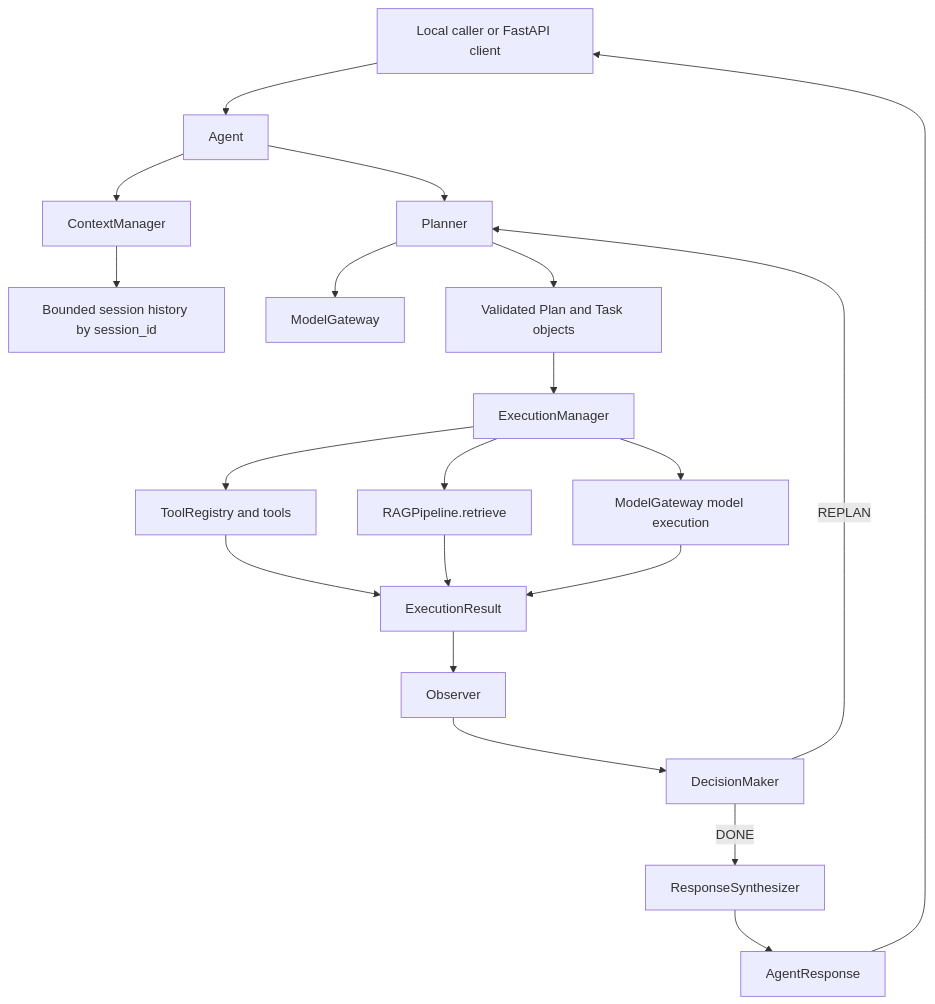
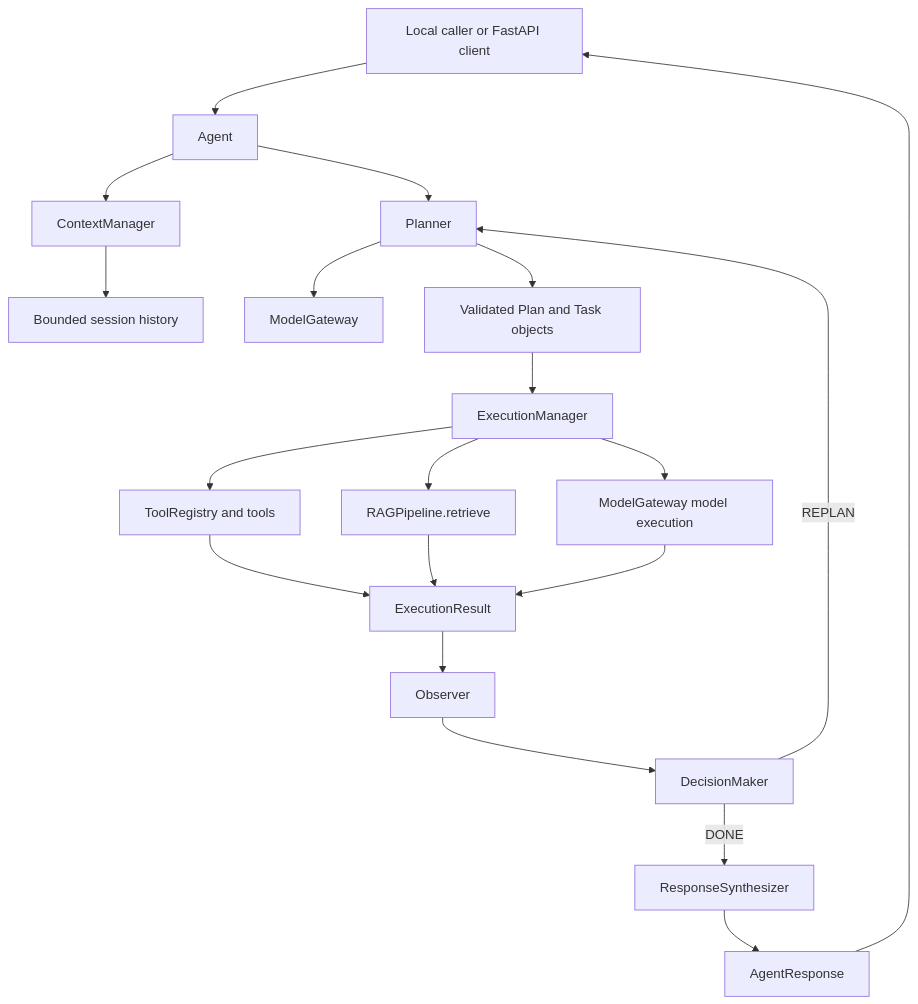
One commit to vexux/vexux-ai changed the diagram in README.md. Above: the diagram before and after it, drawn with Mermaid. The commit also changed other lines of this file and 8 other files, not shown here.

````diff
--- a/README.md
+++ b/README.md
@@ -54,22 +30,22 @@
 ```mermaid
 flowchart TD
     Client[Local caller or FastAPI client] --> Agent[Agent]
     Agent --> Context[ContextManager]
-    Context --> Session[Bounded session history by session_id]
+    Context --> Session[Bounded session history]
     Agent --> Planner[Planner]
     Planner --> Gateway[ModelGateway]
     Planner --> Plan[Validated Plan and Task objects]
     Plan --> Executor[ExecutionManager]
     Executor --> Tools[ToolRegistry and tools]
     Executor --> RAG[RAGPipeline.retrieve]
     Executor --> Model[ModelGateway model execution]
     Tools --> Result[ExecutionResult]
     RAG --> Result
     Model --> Result
     Result --> Observer[Observer]
     Observer --> Decision[DecisionMaker]
     Decision -->|DONE| Synthesis[ResponseSynthesizer]
     Decision -->|REPLAN| Planner
     Synthesis --> Response[AgentResponse]
     Response --> Client
 ```
````
